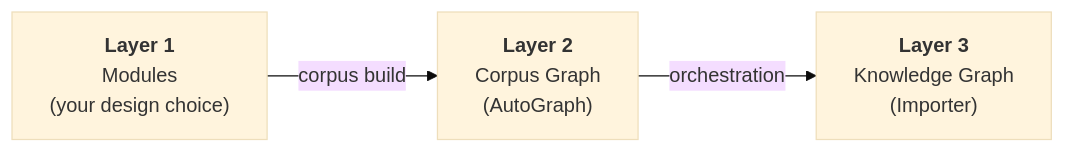
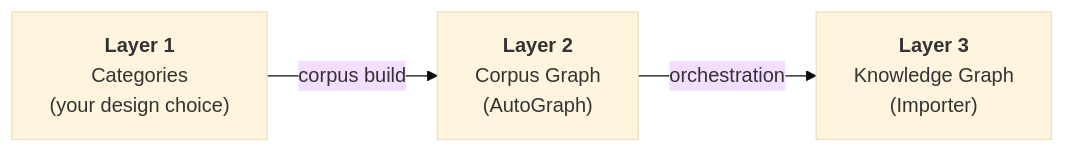
The diagram in site/content/agentic-ai-suite/autograph/design-guide.md (arangodb/docs-hugo), drawn with Mermaid (base theme) before and after one commit. The commit also changed other lines of this file and 15 other files, not shown here.

````diff
--- a/site/content/agentic-ai-suite/autograph/design-guide.md
+++ b/site/content/agentic-ai-suite/autograph/design-guide.md
@@ -48,13 +48,13 @@
 ```mermaid
 flowchart LR
   L1["`**Layer 1**
-    Modules
+    Categories
     (your design choice)`"]      
   L2["`**Layer 2**
     Corpus Graph
     (AutoGraph)`"]      
   L3["`**Layer 3**
     Knowledge Graph
     (Importer)`"]      
   L1 -->|corpus build| L2 -->|orchestration| L3
 ```
````
